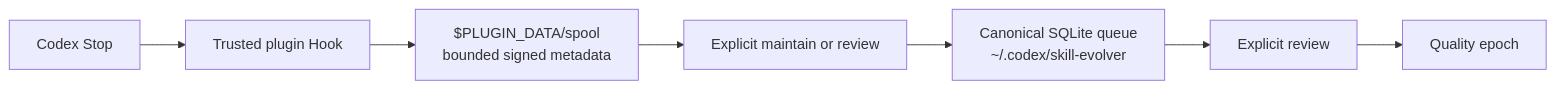
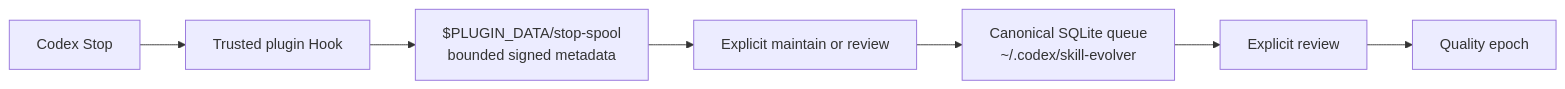
Before and after one commit to gyungsubLee/skill-evolver: the diagram in docs/superpowers/specs/2026-07-30-skill-evolver-plugin-data-spool-design.md, drawn with Mermaid. The commit also changed other lines of this file, not shown here.

Commit message:
docs(skill-evolver): bound primary stop spool

````diff
--- a/docs/superpowers/specs/2026-07-30-skill-evolver-plugin-data-spool-design.md
+++ b/docs/superpowers/specs/2026-07-30-skill-evolver-plugin-data-spool-design.md
@@ -73,9 +73,9 @@
 ```mermaid
 flowchart LR
     S["Codex Stop"] --> H["Trusted plugin Hook"]
-    H --> P["$PLUGIN_DATA/spool<br/>bounded signed metadata"]
+    H --> P["$PLUGIN_DATA/stop-spool<br/>bounded signed metadata"]
     P --> M["Explicit maintain or review"]
     M --> D["Canonical SQLite queue<br/>~/.codex/skill-evolver"]
     D --> R["Explicit review"]
     R --> Q["Quality epoch"]
 ```
````
